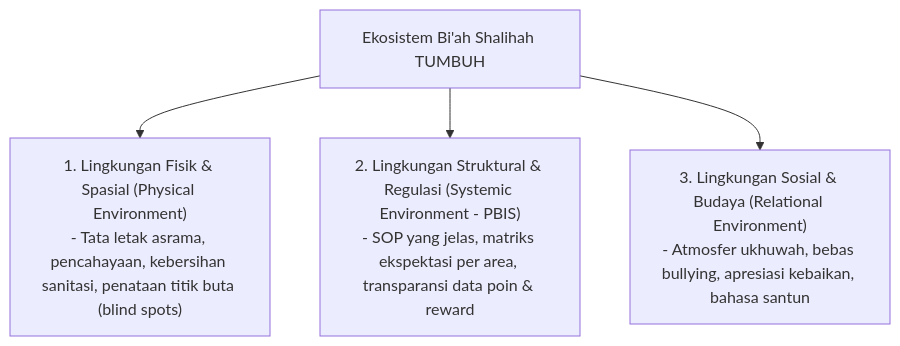
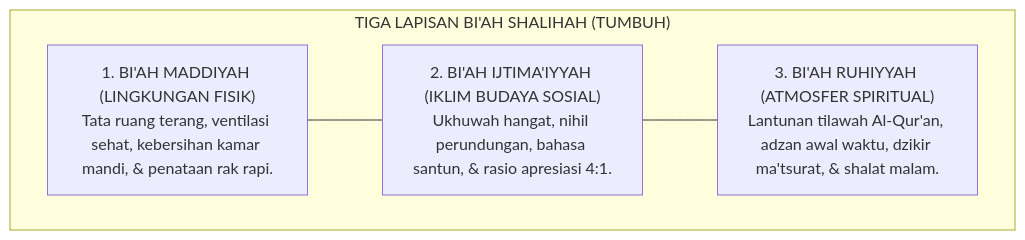
Before and after one commit to wandiapriliyandi/tumbuh: the first of 2 diagrams in 01 Philosophy/06 Change/P1-06-03-Ekosistem-Biah-Shalihah-dan-Desain-Lingkungan.md, drawn with Mermaid. The commit also changed other lines of this file and 4 other files, not shown here.

````diff
--- a/01 Philosophy/06 Change/P1-06-03-Ekosistem-Biah-Shalihah-dan-Desain-Lingkungan.md
+++ b/01 Philosophy/06 Change/P1-06-03-Ekosistem-Biah-Shalihah-dan-Desain-Lingkungan.md
@@ -26,7 +28,11 @@
 ```mermaid
 graph TD
-    Bi'ah["Ekosistem Bi'ah Shalihah TUMBUH"]
-    Bi'ah --> L1["1. Lingkungan Fisik & Spasial (Physical Environment)<br/>- Tata letak asrama, pencahayaan, kebersihan sanitasi, penataan titik buta (blind spots)"]
-    Bi'ah --> L2["2. Lingkungan Struktural & Regulasi (Systemic Environment - PBIS)<br/>- SOP yang jelas, matriks ekspektasi per area, transparansi data poin & reward"]
-    Bi'ah --> L3["3. Lingkungan Sosial & Budaya (Relational Environment)<br/>- Atmosfer ukhuwah, bebas bullying, apresiasi kebaikan, bahasa santun"]
+    subgraph BiahTigaLapis["TIGA LAPISAN BI'AH SHALIHAH (TUMBUH)"]
+        Fisik["1. BI'AH MADDIYAH (LINGKUNGAN FISIK)<br/>Tata ruang terang, ventilasi sehat, kebersihan kamar mandi, & penataan rak rapi."]
+        Sosial["2. BI'AH IJTIMA'IYYAH (IKLIM BUDAYA SOSIAL)<br/>Ukhuwah hangat, nihil perundungan, bahasa santun, & rasio apresiasi 4:1."]
+        Spiritual["3. BI'AH RUHIYYAH (ATMOSFER SPIRITUAL)<br/>Lantunan tilawah Al-Qur'an, adzan awal waktu, dzikir ma'tsurat, & shalat malam."]
+        
+        Fisik --- Sosial
+        Sosial --- Spiritual
+    end
 ```
````
